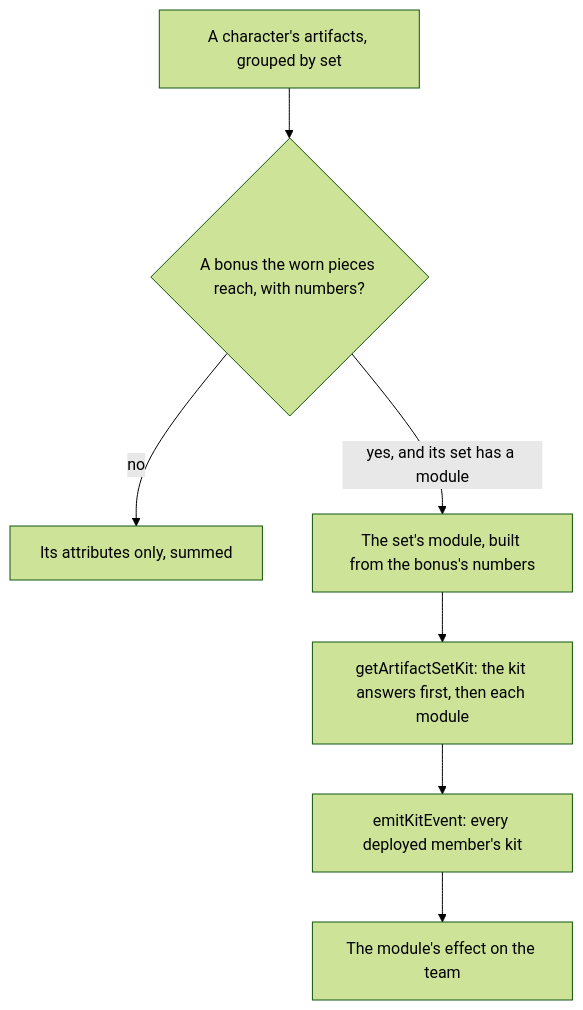
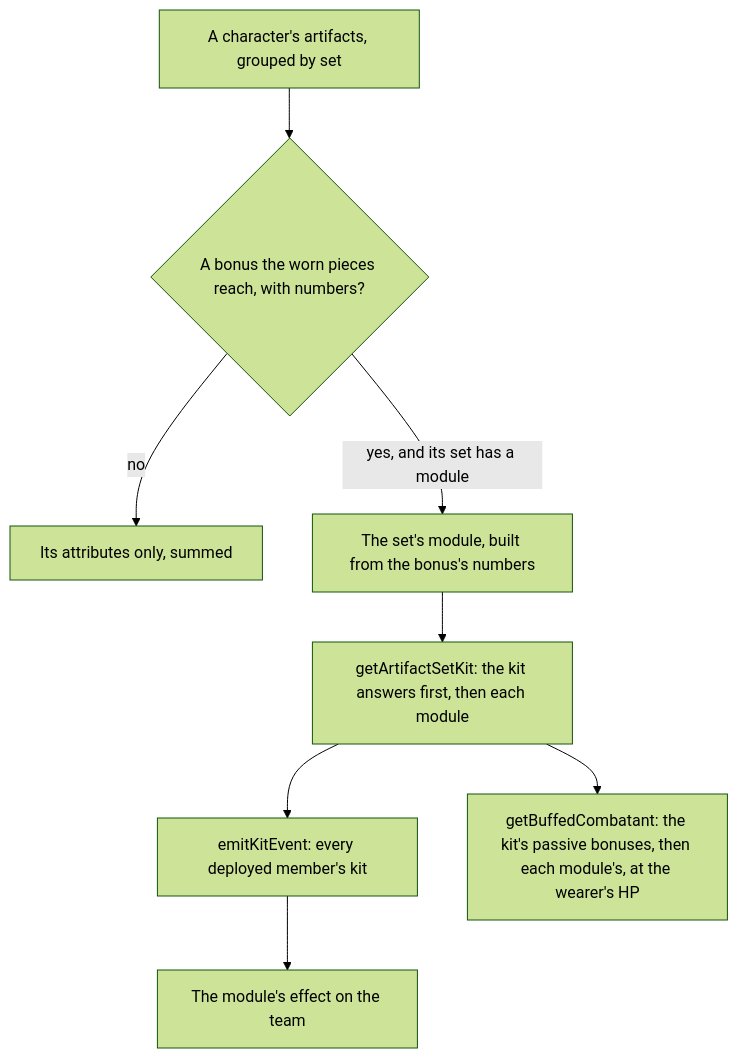
The second of 2 diagrams in apps/web/content/docs/genshin/artifact-enhancement.md (Esposter/Esposter), drawn with Mermaid (forest theme) before and after one commit. The commit also changed other lines of this file and 22 other files, not shown here.

First line of the commit message:
feat(genshin-world): a passive's bonuses read its character's HP share as a hit is priced, and Berserker's four-piece gives 24% CRIT Rate below 70% HP

````diff
--- a/apps/web/content/docs/genshin/artifact-enhancement.md
+++ b/apps/web/content/docs/genshin/artifact-enhancement.md
@@ -40,9 +40,10 @@
 ```mermaid
 flowchart TD
   WORN["A character's artifacts, grouped by set"] --> REACH{"A bonus the worn pieces reach, with numbers?"}
   REACH -->|"no"| LINES["Its attributes only, summed"]
   REACH -->|"yes, and its set has a module"| MODULE["The set's module, built from the bonus's numbers"]
   MODULE --> KIT["getArtifactSetKit: the kit answers first, then each module"]
   KIT --> EMIT["emitKitEvent: every deployed member's kit"]
   EMIT --> EFFECT["The module's effect on the team"]
+  KIT --> PRICE["getBuffedCombatant: the kit's passive bonuses, then each module's, at the wearer's HP"]
 ```
````
